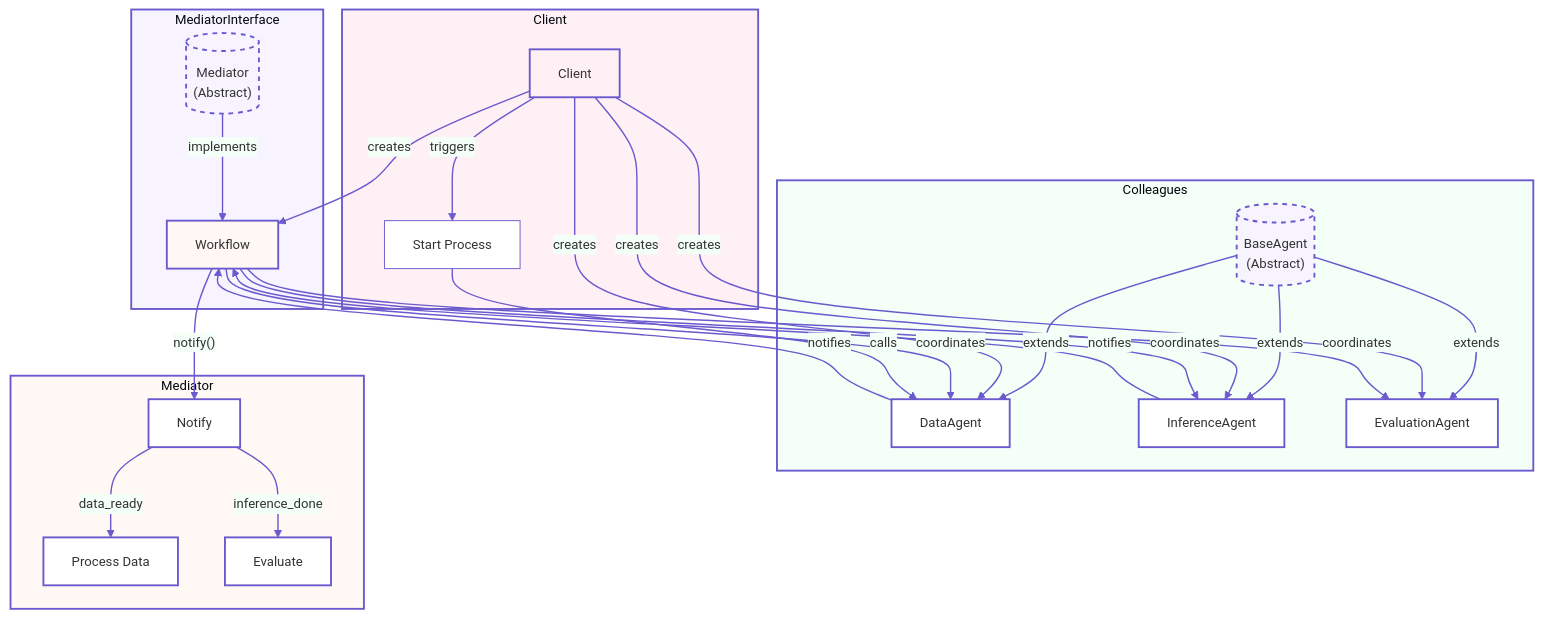
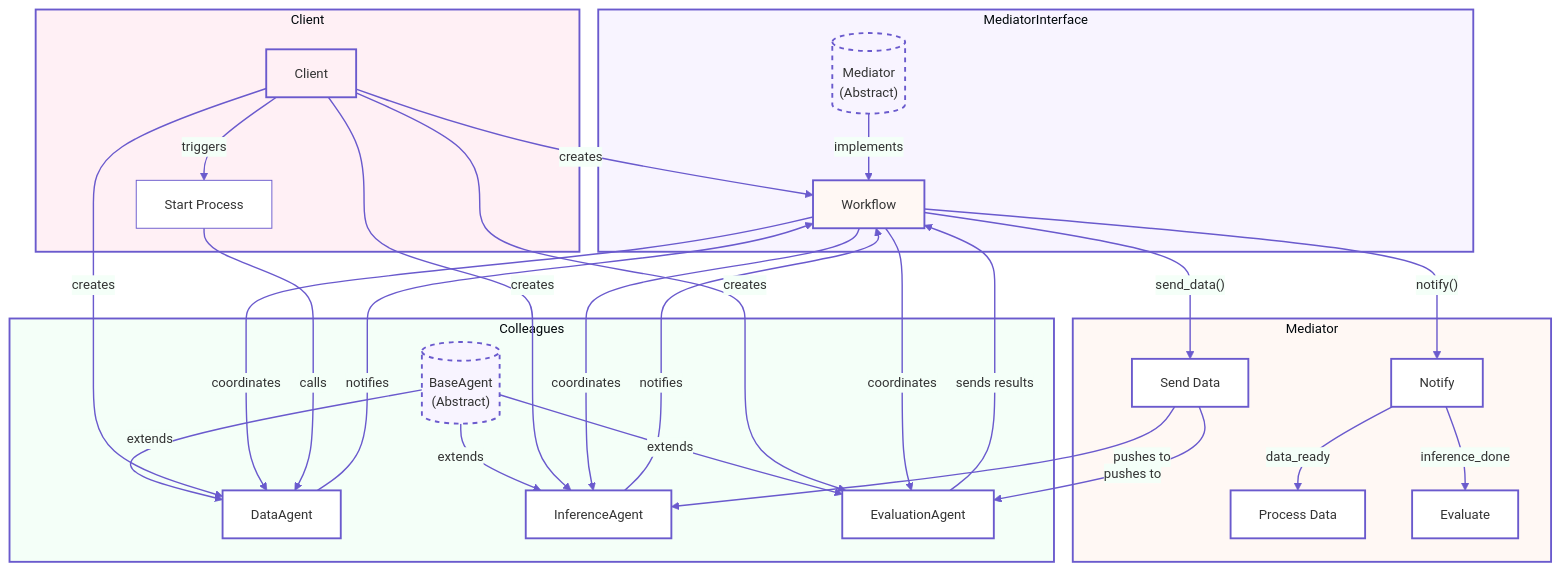
The diagram in src/mermaid/10_mediator_pull.mmd (arunpshankar/Python-Design-Patterns-for-AI), drawn with Mermaid before and after one commit. The commit also changed 3 other files, not shown here.

```diff
--- a/src/mermaid/10_mediator_pull.mmd
+++ b/src/mermaid/10_mediator_pull.mmd
@@ -1,69 +1,74 @@
-%%{init: {'theme': 'base', 'themeVariables': { 
-    'primaryColor': '#f8f4ff', 
-    'secondaryColor': '#f4fff8', 
-    'tertiaryColor': '#fff8f4', 
-    'mainBkg': '#ffffff', 
-    'nodeBorder': '#6a5acd', 
-    'clusterBkg': '#fafafa', 
-    'clusterBorder': '#6a5acd', 
-    'lineColor': '#6a5acd', 
-    'fontFamily': 'Helvetica, Arial, sans-serif', 
-    'fontSize': '14px' 
+%%{init: {'theme': 'base', 'themeVariables': {
+    'primaryColor': '#f8f4ff',
+    'secondaryColor': '#f4fff8',
+    'tertiaryColor': '#fff8f4',
+    'mainBkg': '#ffffff',
+    'nodeBorder': '#6a5acd',
+    'clusterBkg': '#fafafa',
+    'clusterBorder': '#6a5acd',
+    'lineColor': '#6a5acd',
+    'fontFamily': 'Helvetica, Arial, sans-serif',
+    'fontSize': '14px'
 }}}%%
 
 flowchart TB
     subgraph MediatorInterface
         style MediatorInterface fill:#f8f4ff,stroke:#6a5acd,stroke-width:2px
         MI[("Mediator<br>(Abstract)")]
         WF["Workflow"]
         MI -->|"implements"| WF
     end
 
     subgraph Colleagues
         style Colleagues fill:#f4fff8,stroke:#6a5acd,stroke-width:2px
         BA[("BaseAgent<br>(Abstract)")]
         DA["DataAgent"]
         IA["InferenceAgent"]
         EA["EvaluationAgent"]
         BA -->|"extends"| DA
         BA -->|"extends"| IA
         BA -->|"extends"| EA
     end
 
     subgraph Mediator
         style Mediator fill:#fff8f4,stroke:#6a5acd,stroke-width:2px
         WF -->|"notify()"| NT["Notify"]
+        WF -->|"send_data()"| SD["Send Data"]
         NT -->|"data_ready"| PD["Process Data"]
         NT -->|"inference_done"| EV["Evaluate"]
     end
 
     subgraph Client
         style Client fill:#fff0f5,stroke:#6a5acd,stroke-width:2px
         CL["Client"]
         CL -->|"creates"| DA
         CL -->|"creates"| IA
         CL -->|"creates"| EA
         CL -->|"creates"| WF
         CL -->|"triggers"| TP["Start Process"]
     end
 
     WF -->|"coordinates"| DA
     WF -->|"coordinates"| IA
     WF -->|"coordinates"| EA
 
     DA -->|"notifies"| WF
     IA -->|"notifies"| WF
+    EA -->|"sends results"| WF
+
+    SD -->|"pushes to"| IA
+    SD -->|"pushes to"| EA
 
     TP -->|"calls"| DA
 
     classDef abstract fill:#f8f4ff,stroke:#6a5acd,stroke-width:2px,stroke-dasharray: 5 5
     classDef concrete fill:#ffffff,stroke:#6a5acd,stroke-width:2px
     classDef mediator fill:#fff8f4,stroke:#6a5acd,stroke-width:2px
     classDef client fill:#fff0f5,stroke:#6a5acd,stroke-width:2px
 
     class MI,BA abstract
-    class WF,DA,IA,EA,NT,PD,EV concrete
+    class WF,DA,IA,EA,NT,PD,EV,SD concrete
     class WF mediator
     class CL client
 
     linkStyle default stroke:#6a5acd,stroke-width:1.5px
```
